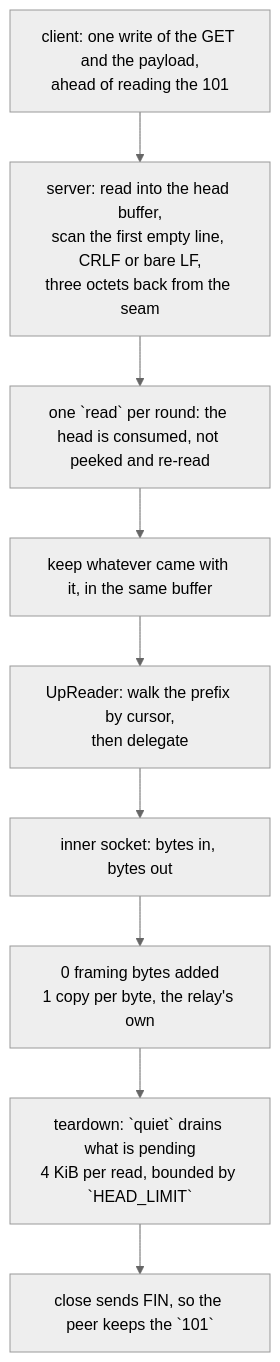
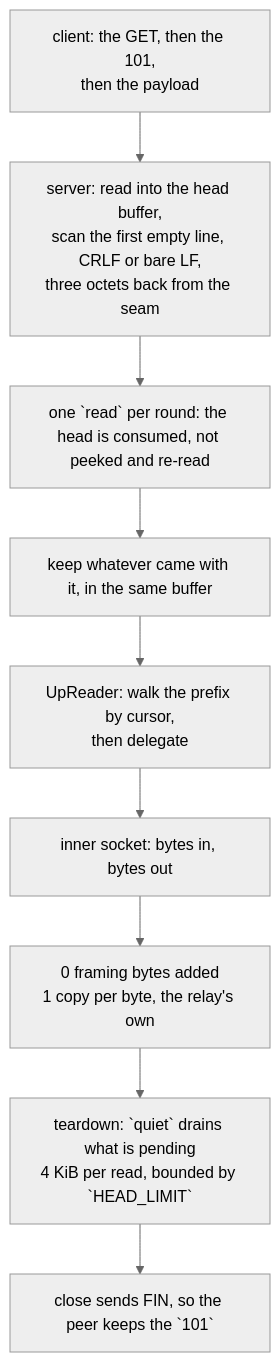
One commit to Ferrocite/ferrox changed the diagram in docs/function/carrier-httpupgrade.md. Above: the diagram before and after it, drawn with Mermaid (neutral theme). The commit also changed other lines of this file and 7 other files, not shown here.

````diff
--- a/docs/function/carrier-httpupgrade.md
+++ b/docs/function/carrier-httpupgrade.md
@@ -23,11 +23,11 @@
 ```mermaid
 graph TD
-    C["client: one write of the GET and the payload,<br/>ahead of reading the 101"] --> S["server: read into the head buffer,<br/>scan the first empty line, CRLF or bare LF,<br/>three octets back from the seam"]
+    C["client: the GET, then the 101,<br/>then the payload"] --> S["server: read into the head buffer,<br/>scan the first empty line, CRLF or bare LF,<br/>three octets back from the seam"]
     S --> R["one `read` per round: the head is consumed, not peeked and re-read"]
     R --> P["keep whatever came with it, in the same buffer"]
     P --> X["UpReader: walk the prefix by cursor,<br/>then delegate"]
     X --> B["inner socket: bytes in, bytes out"]
     B --> Z["0 framing bytes added<br/>1 copy per byte, the relay's own"]
     Z --> Q["teardown: `quiet` drains what is pending<br/>4 KiB per read, bounded by `HEAD_LIMIT`"]
     Q --> F["close sends FIN, so the peer keeps the `101`"]
 ```
````
